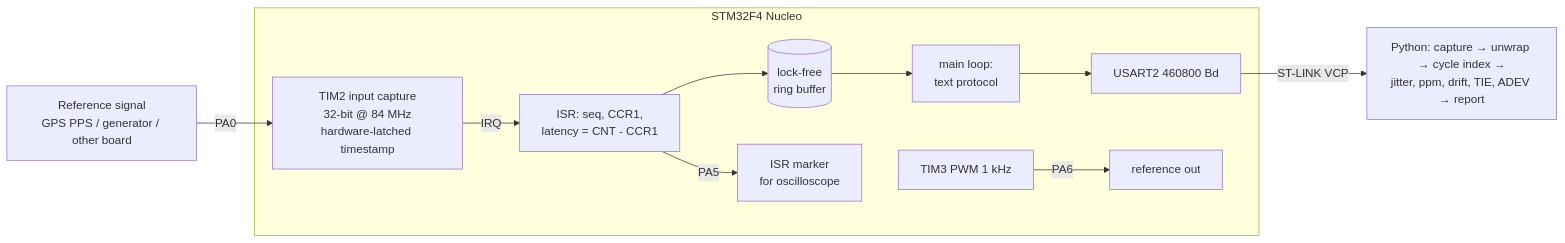
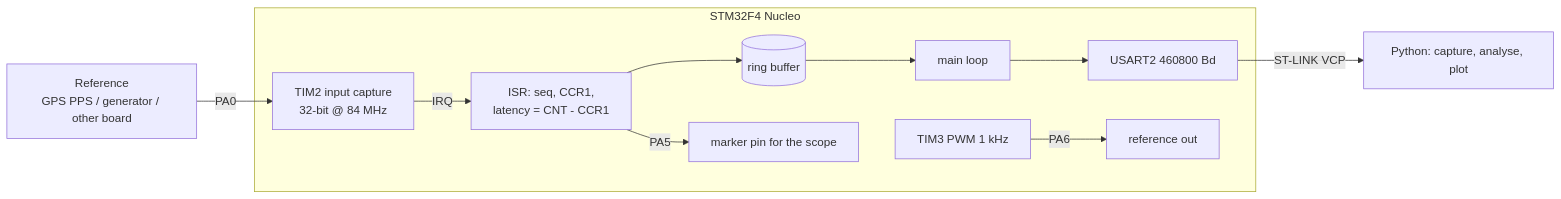
One commit to srinath-kothakapu/stm32-timing-lab changed the diagram in README.md. Above: the diagram before and after it, drawn with Mermaid. The commit also changed other lines of this file and 5 other files, not shown here.

````diff
--- a/README.md
+++ b/README.md
@@ -16,12 +16,12 @@
 ```mermaid
 flowchart LR
-    REF[Reference signal<br/>GPS PPS / generator / other board] -->|PA0| CAP
+    REF[Reference<br/>GPS PPS / generator / other board] -->|PA0| CAP
     subgraph MCU[STM32F4 Nucleo]
-        CAP[TIM2 input capture<br/>32-bit @ 84 MHz<br/>hardware-latched timestamp] -->|IRQ| ISR[ISR: seq, CCR1,<br/>latency = CNT - CCR1]
-        ISR --> RB[(lock-free<br/>ring buffer)]
-        RB --> ML[main loop:<br/>text protocol] --> UART[USART2 460800 Bd]
+        CAP[TIM2 input capture<br/>32-bit @ 84 MHz] -->|IRQ| ISR[ISR: seq, CCR1,<br/>latency = CNT - CCR1]
+        ISR --> RB[(ring buffer)]
+        RB --> ML[main loop] --> UART[USART2 460800 Bd]
         TIM3[TIM3 PWM 1 kHz] -->|PA6| OUT[reference out]
-        ISR -->|PA5| MARK[ISR marker<br/>for oscilloscope]
+        ISR -->|PA5| MARK[marker pin for the scope]
     end
-    UART -->|ST-LINK VCP| HOST[Python: capture → unwrap → cycle index →<br/>jitter, ppm, drift, TIE, ADEV → report]
+    UART -->|ST-LINK VCP| HOST[Python: capture, analyse, plot]
 ```
````
